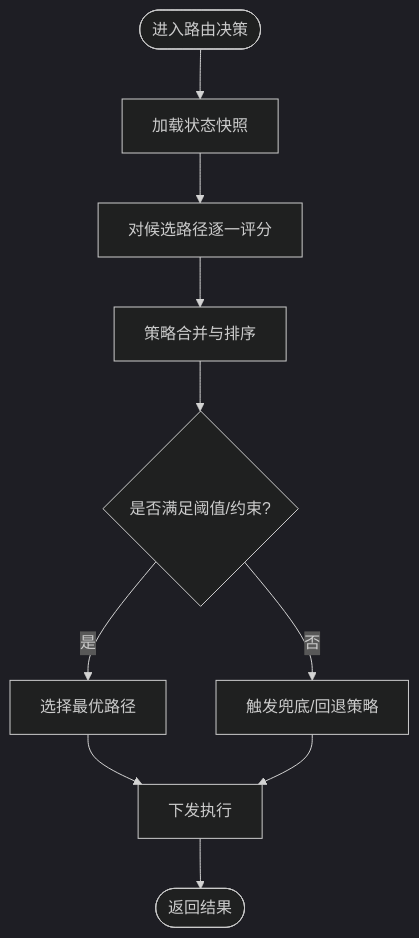
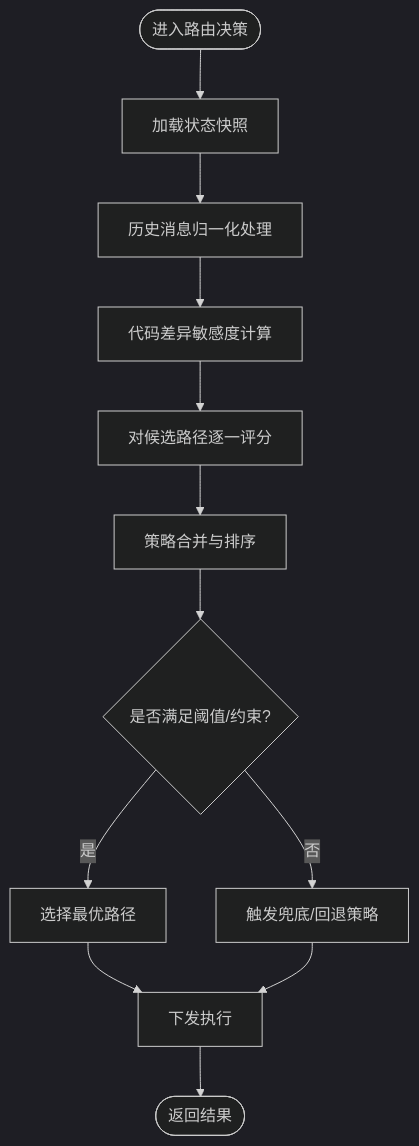
One commit to QuStarry/VIB-SparseCommunication changed the third of 6 diagrams in .qoder/repowiki/zh/content/VIB稀疏通信核心/路由决策机制.md. Above: the diagram before and after it, drawn with Mermaid (dark theme). The commit also changed other lines of this file and 31 other files, not shown here.

````diff
--- a/.qoder/repowiki/zh/content/VIB稀疏通信核心/路由决策机制.md
+++ b/.qoder/repowiki/zh/content/VIB稀疏通信核心/路由决策机制.md
@@ -118,12 +140,14 @@
 ```mermaid
 flowchart TD
 Start(["进入路由决策"]) --> LoadState["加载状态快照"]
-LoadState --> ScoreAll["对候选路径逐一评分"]
+LoadState --> Normalize["历史消息归一化处理"]
+Normalize --> Sensitivity["代码差异敏感度计算"]
+Sensitivity --> ScoreAll["对候选路径逐一评分"]
 ScoreAll --> Merge["策略合并与排序"]
 Merge --> Select{"是否满足阈值/约束?"}
 Select -- "是" --> Pick["选择最优路径"]
 Select -- "否" --> Fallback["触发兜底/回退策略"]
 Pick --> Dispatch["下发执行"]
 Fallback --> Dispatch
 Dispatch --> End(["返回结果"])
 ```
````
